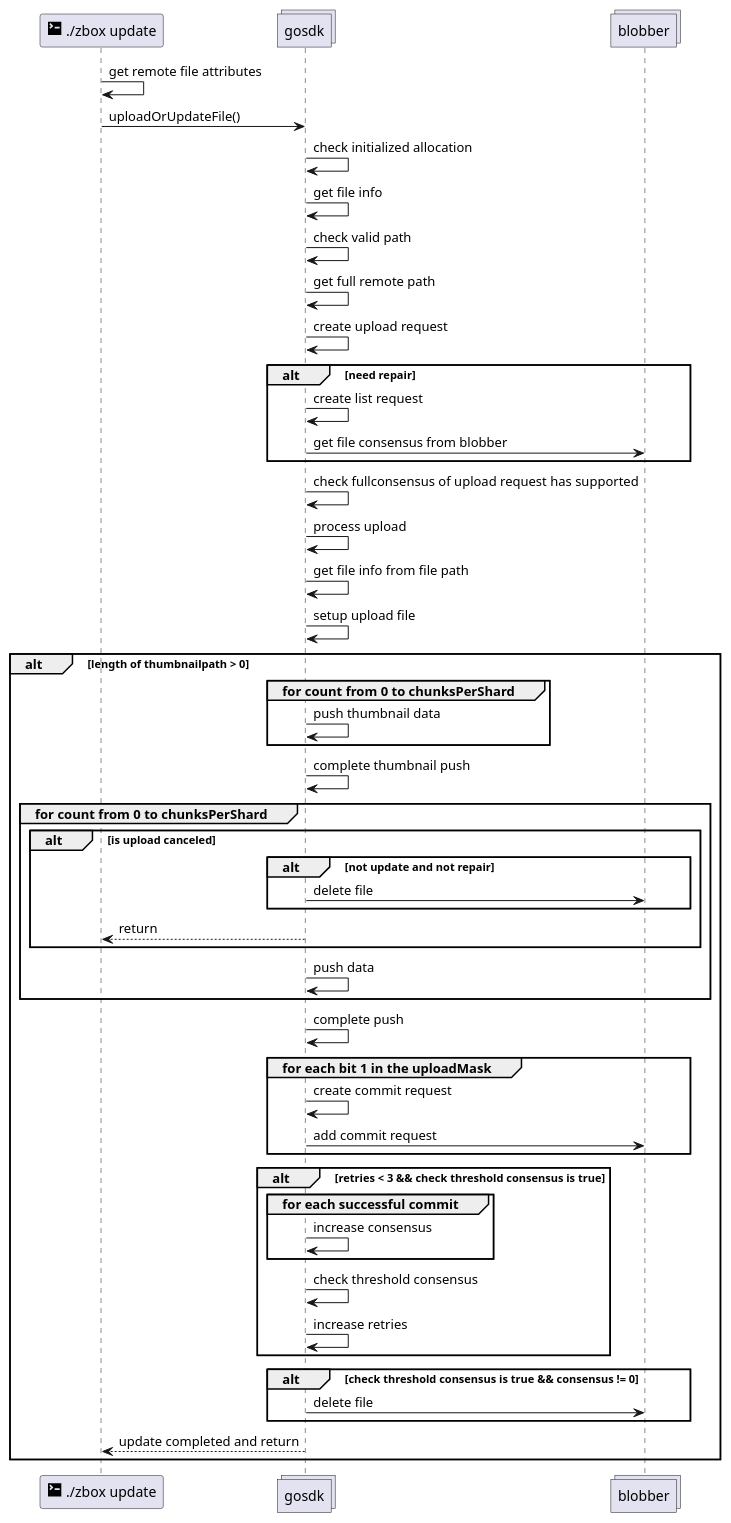
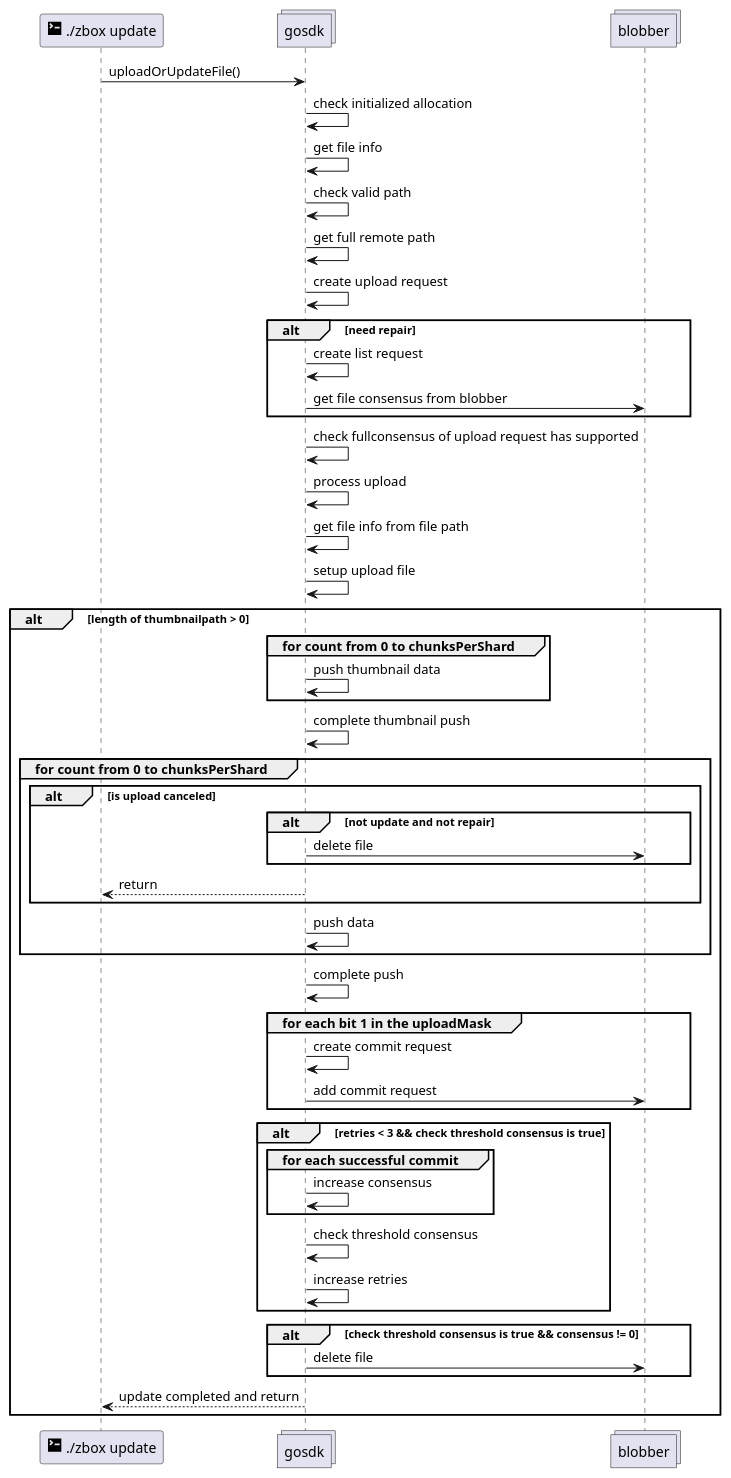
The diagram in docs/uml/update file.puml (0chain/gosdk), drawn with PlantUML before and after one commit. The commit also changed 31 other files, not shown here.

```diff
--- a/docs/uml/update file.puml
+++ b/docs/uml/update file.puml
@@ -1,62 +1,61 @@
 @startuml
 participant "<size:20><&terminal></size> ./zbox update" as cli
 collections gosdk
 collections blobber
 
-cli -> cli: get remote file attributes
 cli -> gosdk: uploadOrUpdateFile()
 
 gosdk -> gosdk: check initialized allocation
 gosdk -> gosdk: get file info
 gosdk -> gosdk: check valid path
 gosdk -> gosdk: get full remote path
 gosdk -> gosdk: create upload request
 
 alt need repair
 gosdk -> gosdk: create list request
 gosdk -> blobber: get file consensus from blobber
 end
 
 gosdk -> gosdk: check fullconsensus of upload request has supported
 gosdk -> gosdk: process upload
 gosdk -> gosdk: get file info from file path
 gosdk -> gosdk: setup upload file
 
 alt length of thumbnailpath > 0
 group for count from 0 to chunksPerShard
 gosdk -> gosdk: push thumbnail data
 end
 gosdk -> gosdk: complete thumbnail push
 
 group for count from 0 to chunksPerShard
 alt is upload canceled
 alt not update and not repair
 gosdk -> blobber: delete file
 end
 gosdk --> cli: return
 end
 gosdk -> gosdk: push data
 end
 gosdk -> gosdk: complete push
 
 
 group for each bit 1 in the uploadMask
 gosdk -> gosdk: create commit request
 gosdk -> blobber: add commit request
 end
 
 alt retries < 3 && check threshold consensus is true
 group for each successful commit
 gosdk -> gosdk: increase consensus
 end
 gosdk -> gosdk: check threshold consensus
 gosdk -> gosdk: increase retries
 end
 
 alt check threshold consensus is true && consensus != 0
 gosdk -> blobber: delete file
 end
 
 gosdk --> cli: update completed and return
 end
 @enduml
```
